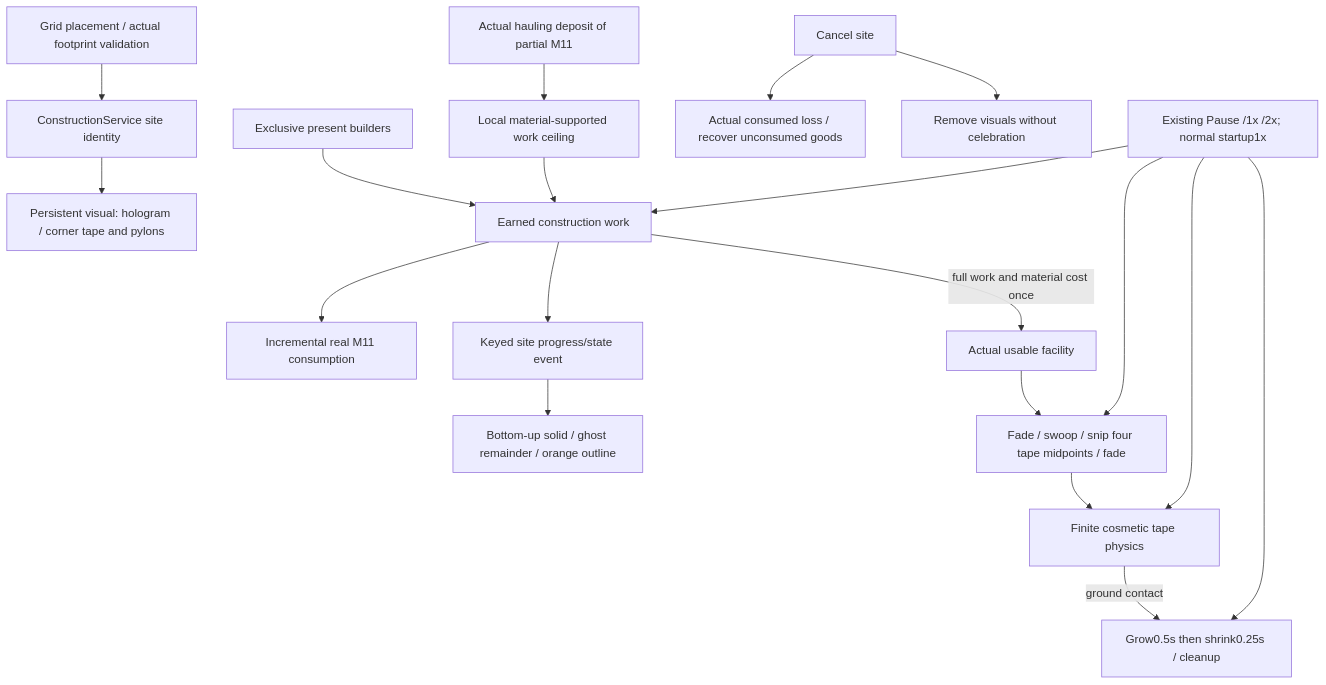
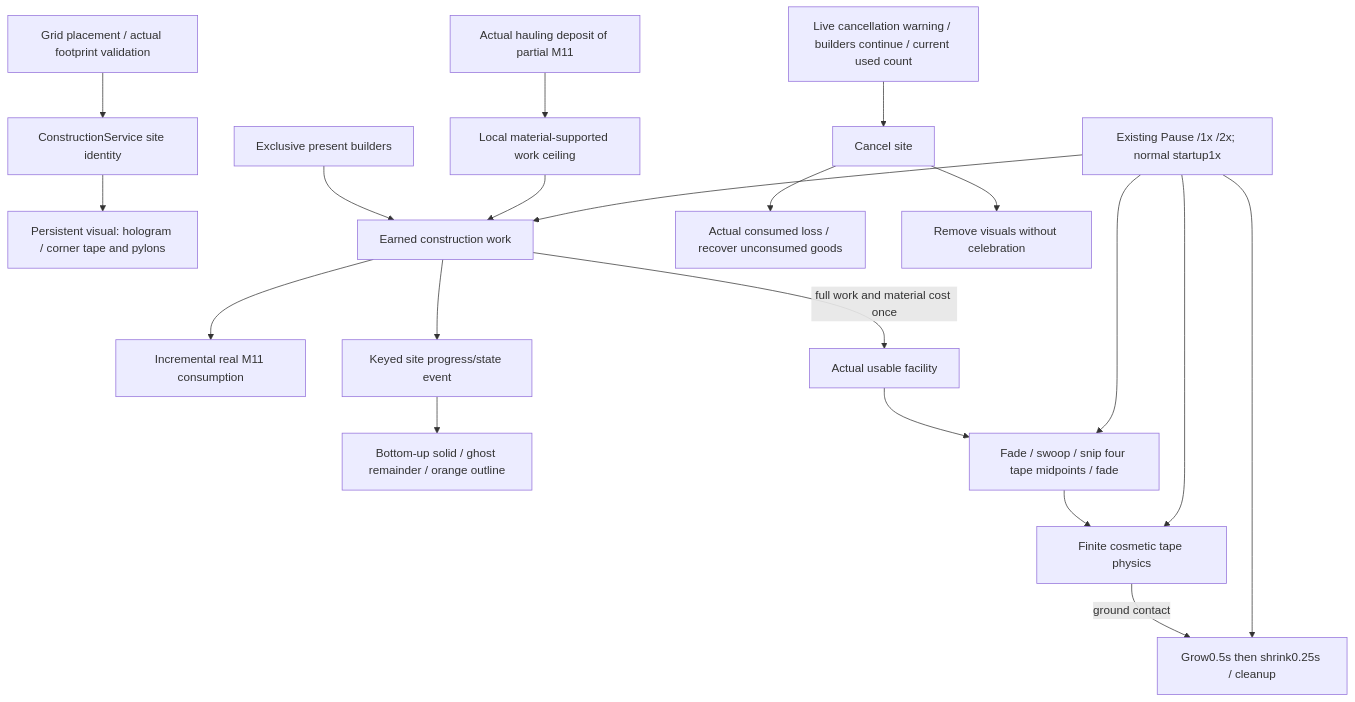
The diagram in docs/diagrams/place_manage_buildings.mmd (TheInfinityIQ/Trencho_V4), drawn with Mermaid before and after one commit. The commit also changed 36 other files, not shown here.

```diff
--- a/docs/diagrams/place_manage_buildings.mmd
+++ b/docs/diagrams/place_manage_buildings.mmd
@@ -1,19 +1,20 @@
 flowchart TD
   Place[Grid placement / actual footprint validation] --> Site[ConstructionService site identity]
   Site --> Ghost[Persistent visual: hologram / corner tape and pylons]
   Delivery[Actual hauling deposit of partial M11] --> Budget[Local material-supported work ceiling]
   Builders[Exclusive present builders] --> Work[Earned construction work]
   Budget --> Work
   Work --> Consume[Incremental real M11 consumption]
   Work --> Event[Keyed site progress/state event]
   Event --> Reveal[Bottom-up solid / ghost remainder / orange outline]
   Work -->|full work and material cost once| Complete[Actual usable facility]
   Complete --> Scissors[Fade / swoop / snip four tape midpoints / fade]
   Scissors --> Fall[Finite cosmetic tape physics]
   Fall -->|ground contact| Pylons[Grow0.5s then shrink0.25s / cleanup]
   Cancel[Cancel site] --> Recover[Actual consumed loss / recover unconsumed goods]
+  Warning[Live cancellation warning / builders continue / current used count] --> Cancel
   Cancel --> Cleanup[Remove visuals without celebration]
   Speed[Existing Pause /1x /2x; normal startup1x] --> Work
   Speed --> Scissors
   Speed --> Fall
   Speed --> Pylons
```
